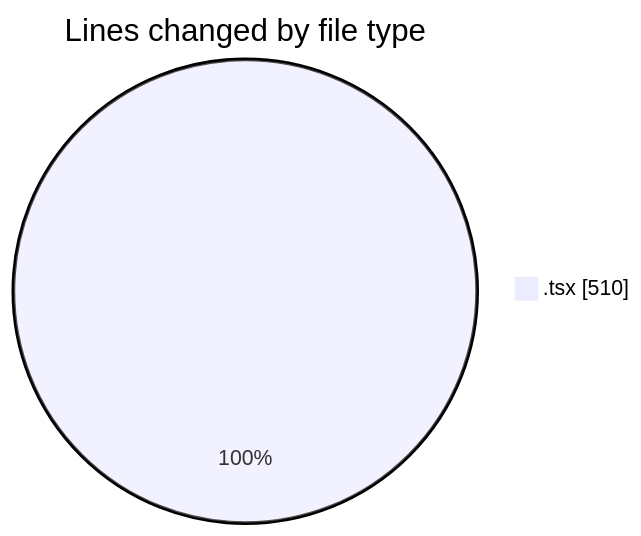
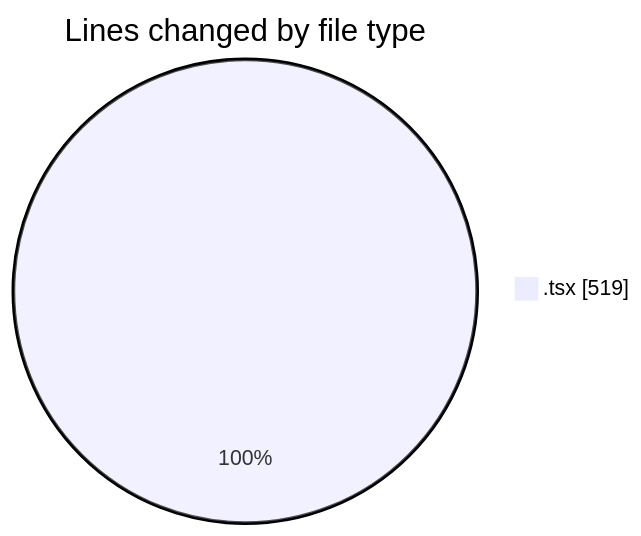
Before and after one commit to donsfak/code-tracking: the first of 2 diagrams in 2025-02-07/portofolio/README.md, drawn with Mermaid. The commit also changed other lines of this file and 1 other file, not shown here.

````diff
--- a/2025-02-07/portofolio/README.md
+++ b/2025-02-07/portofolio/README.md
@@ -20,5 +20,5 @@
 ```mermaid
 pie showData
 title Lines changed by file type
-".tsx" : 510
+".tsx" : 519
 ```
````
